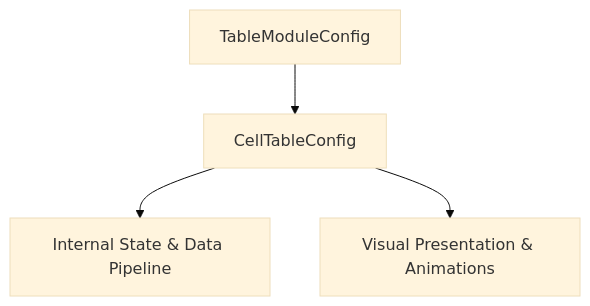
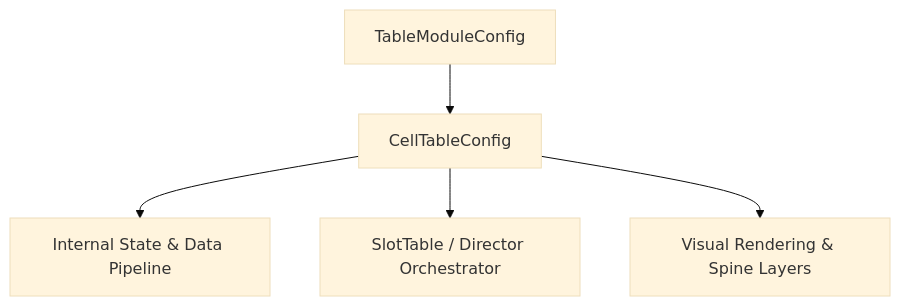
The diagram in docs/cc_slot_mechanics/modules/CellTableConfig/01_overview/01_architecture_and_role.md (lam-ark/mcp-fwcc), drawn with Mermaid (base theme) before and after one commit. The commit also changed other lines of this file and 2509 other files, not shown here.

````diff
--- a/docs/cc_slot_mechanics/modules/CellTableConfig/01_overview/01_architecture_and_role.md
+++ b/docs/cc_slot_mechanics/modules/CellTableConfig/01_overview/01_architecture_and_role.md
@@ -18,6 +24,7 @@
 ```mermaid
 graph TD
-    Parent[TableModuleConfig] --> Mod[CellTableConfig]
-    Mod --> State[Internal State & Data Pipeline]
-    Mod --> Render[Visual Presentation & Animations]
+    SuperClass[TableModuleConfig] --> TargetClass[CellTableConfig]
+    TargetClass --> DataPipeline[Internal State & Data Pipeline]
+    TargetClass --> Orchestrator[SlotTable / Director Orchestrator]
+    TargetClass --> ViewLayer[Visual Rendering & Spine Layers]
 ```
````
